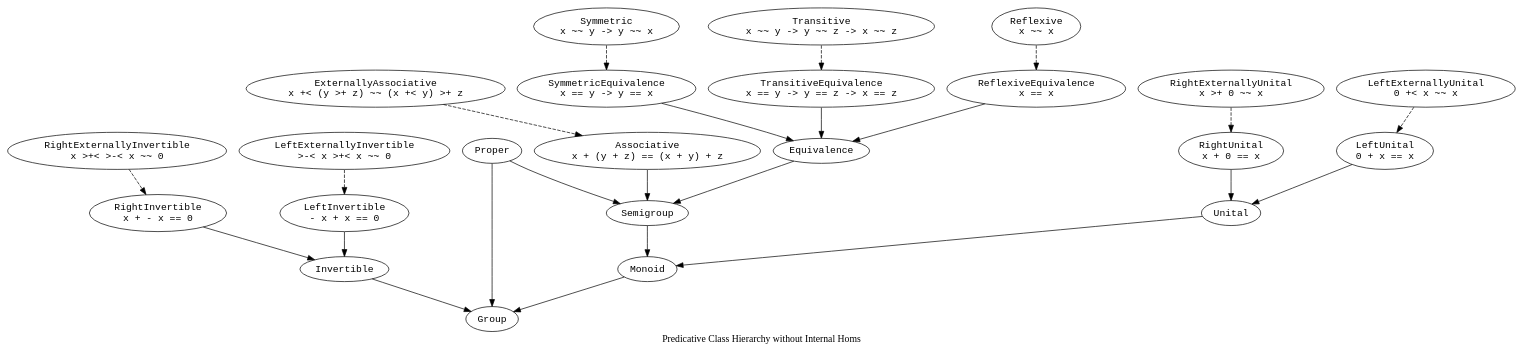
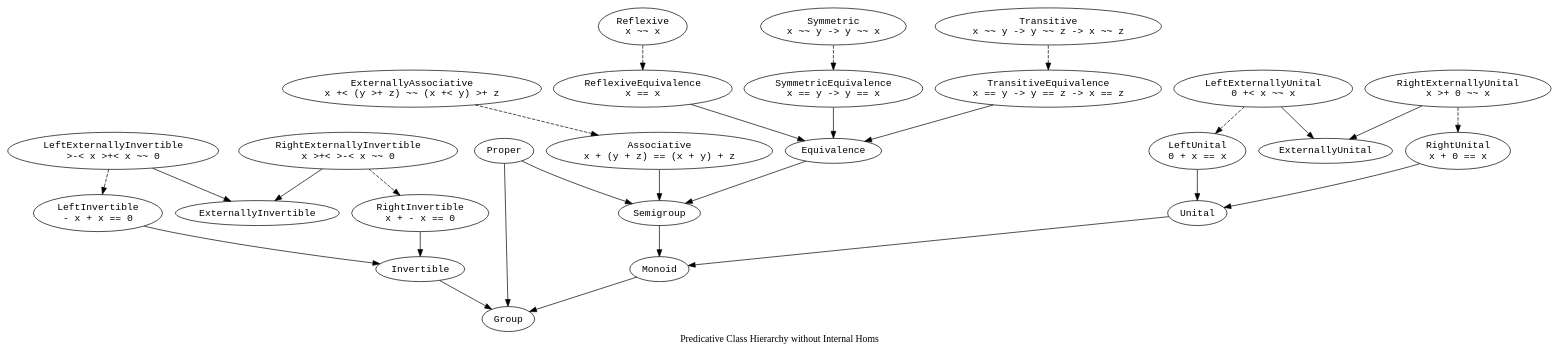
Before and after one commit to Tuplanolla/dez: the diagram in prototype/theories/is.dot, drawn with Graphviz. The commit also changed 2 other files, not shown here.

Commit message:
Externally true things.

```diff
--- a/prototype/theories/is.dot
+++ b/prototype/theories/is.dot
@@ -1,58 +1,64 @@
 digraph Is {
   label = "Predicative Class Hierarchy without Internal Homs"
 
   node [fontname = monospace]
 
   Assoc [label = "Associative\nx + (y + z) == (x + y) + z"]
   Eq [label = "Equivalence"]
   ExtAssoc [label = "ExternallyAssociative\nx +< (y >+ z) ~~ (x +< y) >+ z"]
+  ExtInv [label = "ExternallyInvertible"]
+  ExtUn [label = "ExternallyUnital"]
   Grp [label = "Group"]
   Inv [label = "Invertible"]
   LExtInv [label = "LeftExternallyInvertible\n>-< x >+< x ~~ 0"]
   LExtUn [label = "LeftExternallyUnital\n0 +< x ~~ x"]
   LInv [label = "LeftInvertible\n- x + x == 0"]
   LUn [label = "LeftUnital\n0 + x == x"]
   Mon [label = "Monoid"]
   Proper [label = "Proper"]
   RExtInv [label = "RightExternallyInvertible\nx >+< >-< x ~~ 0"]
   RExtUn [label = "RightExternallyUnital\nx >+ 0 ~~ x"]
   RInv [label = "RightInvertible\nx + - x == 0"]
   RUn [label = "RightUnital\nx + 0 == x"]
   Refl [label = "Reflexive\nx ~~ x"]
   ReflEq [label = "ReflexiveEquivalence\nx == x"]
   Sgrp [label = "Semigroup"]
   Sym [label = "Symmetric\nx ~~ y -> y ~~ x"]
   SymEq [label = "SymmetricEquivalence\nx == y -> y == x"]
   Trans [label = "Transitive\nx ~~ y -> y ~~ z -> x ~~ z"]
   TransEq [label = "TransitiveEquivalence\nx == y -> y == z -> x == z"]
   Un [label = "Unital"]
 
   edge [style = solid]
 
   Assoc -> Sgrp
   Eq -> Sgrp
   Inv -> Grp
+  LExtInv -> ExtInv
+  LExtUn -> ExtUn
   LInv -> Inv
   LUn -> Un
   Mon -> Grp
   Proper -> Grp
   Proper -> Sgrp
+  RExtInv -> ExtInv
+  RExtUn -> ExtUn
   RInv -> Inv
   RUn -> Un
   ReflEq -> Eq
   Sgrp -> Mon
   SymEq -> Eq
   TransEq -> Eq
   Un -> Mon
 
   edge [style = dashed]
 
   ExtAssoc -> Assoc
   LExtInv -> LInv
   LExtUn -> LUn
   RExtInv -> RInv
   RExtUn -> RUn
   Refl -> ReflEq
   Sym -> SymEq
   Trans -> TransEq
 }
```
